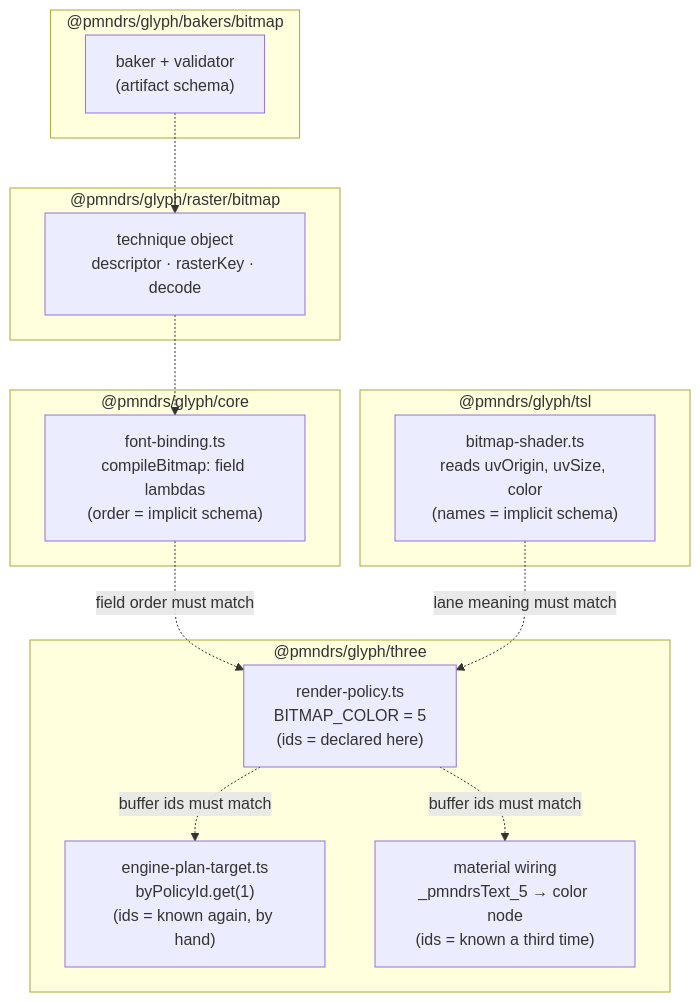
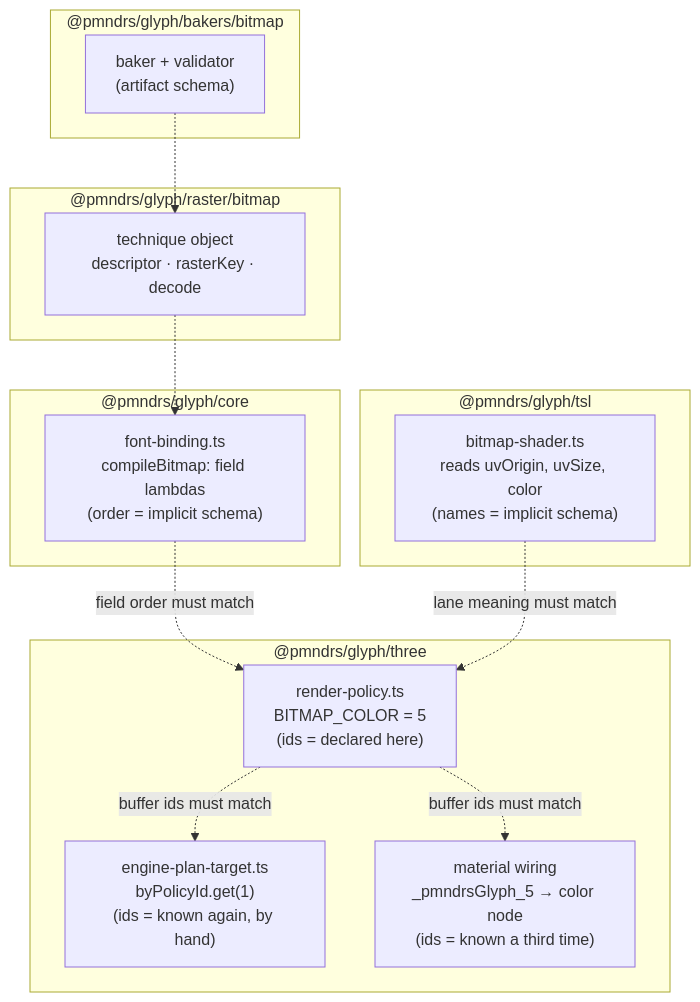
One commit to alvarosabu/glyph changed the diagram in docs/planning/raster-technique-contract.md. Above: the diagram before and after it, drawn with Mermaid. The commit also changed other lines of this file and 84 other files, not shown here.

````diff
--- a/docs/planning/raster-technique-contract.md
+++ b/docs/planning/raster-technique-contract.md
@@ -50,26 +50,26 @@
 ```mermaid
 flowchart TB
   subgraph raster ["@pmndrs/glyph/raster/bitmap"]
     contract["technique object\ndescriptor · rasterKey · decode"]
   end
   subgraph core ["@pmndrs/glyph/core"]
     binding["font-binding.ts\ncompileBitmap: field lambdas\n(order = implicit schema)"]
   end
   subgraph tsl ["@pmndrs/glyph/tsl"]
     shader["bitmap-shader.ts\nreads uvOrigin, uvSize, color\n(names = implicit schema)"]
   end
   subgraph three ["@pmndrs/glyph/three"]
     policy["render-policy.ts\nBITMAP_COLOR = 5\n(ids = declared here)"]
     exec["engine-plan-target.ts\nbyPolicyId.get(1)\n(ids = known again, by hand)"]
-    material["material wiring\n_pmndrsText_5 → color node\n(ids = known a third time)"]
+    material["material wiring\n_pmndrsGlyph_5 → color node\n(ids = known a third time)"]
   end
   subgraph bakers ["@pmndrs/glyph/bakers/bitmap"]
     baker["baker + validator\n(artifact schema)"]
   end
   contract -.-> binding
   binding -. "field order must match" .-> policy
   policy -. "buffer ids must match" .-> exec
   policy -. "buffer ids must match" .-> material
   shader -. "lane meaning must match" .-> policy
   baker -.-> contract
 ```
````
